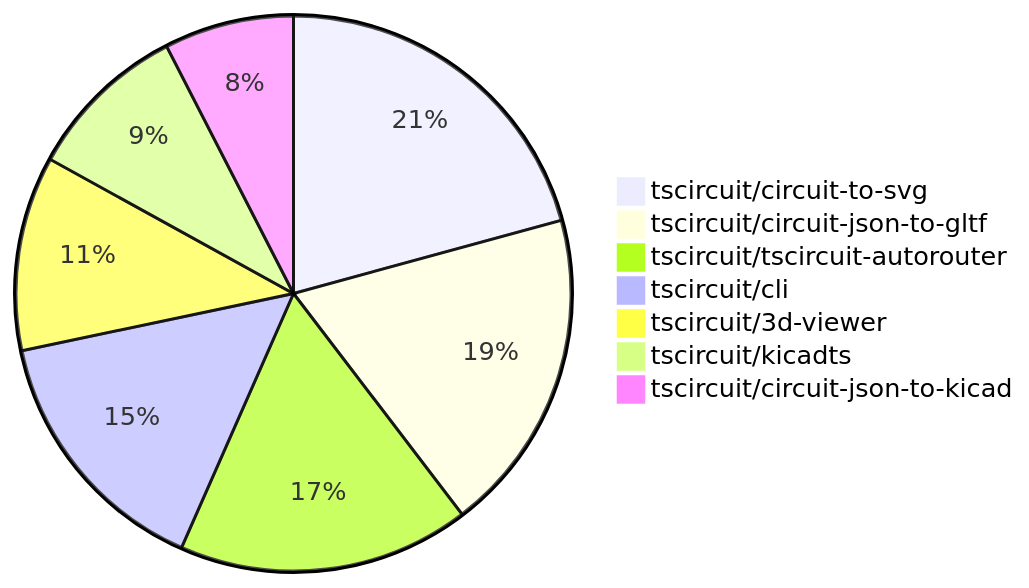
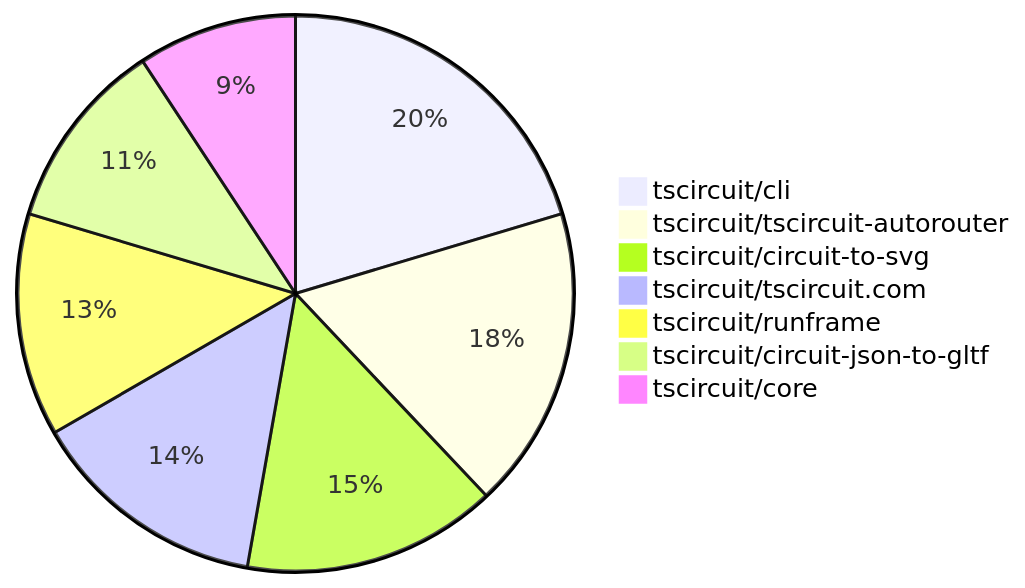
The second of 2 diagrams in README.md (tscircuit/contribution-tracker), drawn with Mermaid before and after one commit. The commit also changed other lines of this file and 3 other files, not shown here.

````diff
--- a/README.md
+++ b/README.md
@@ -99,10 +110,10 @@
 ```mermaid
 pie
-    "tscircuit/circuit-to-svg" : 11
-    "tscircuit/circuit-json-to-gltf" : 10
-    "tscircuit/tscircuit-autorouter" : 9
-    "tscircuit/cli" : 8
-    "tscircuit/3d-viewer" : 6
-    "tscircuit/kicadts" : 5
-    "tscircuit/circuit-json-to-kicad" : 4
+    "tscircuit/cli" : 22
+    "tscircuit/tscircuit-autorouter" : 19
+    "tscircuit/circuit-to-svg" : 16
+    "tscircuit/tscircuit.com" : 15
+    "tscircuit/runframe" : 14
+    "tscircuit/circuit-json-to-gltf" : 12
+    "tscircuit/core" : 10
 ```
````
